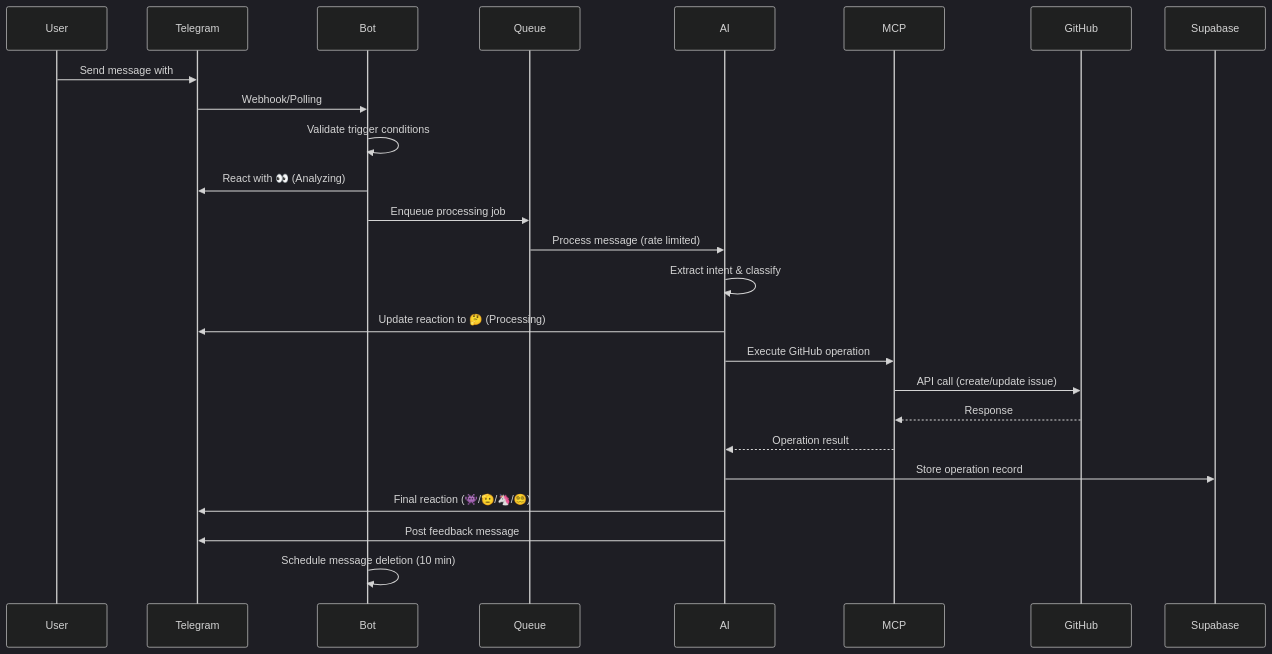
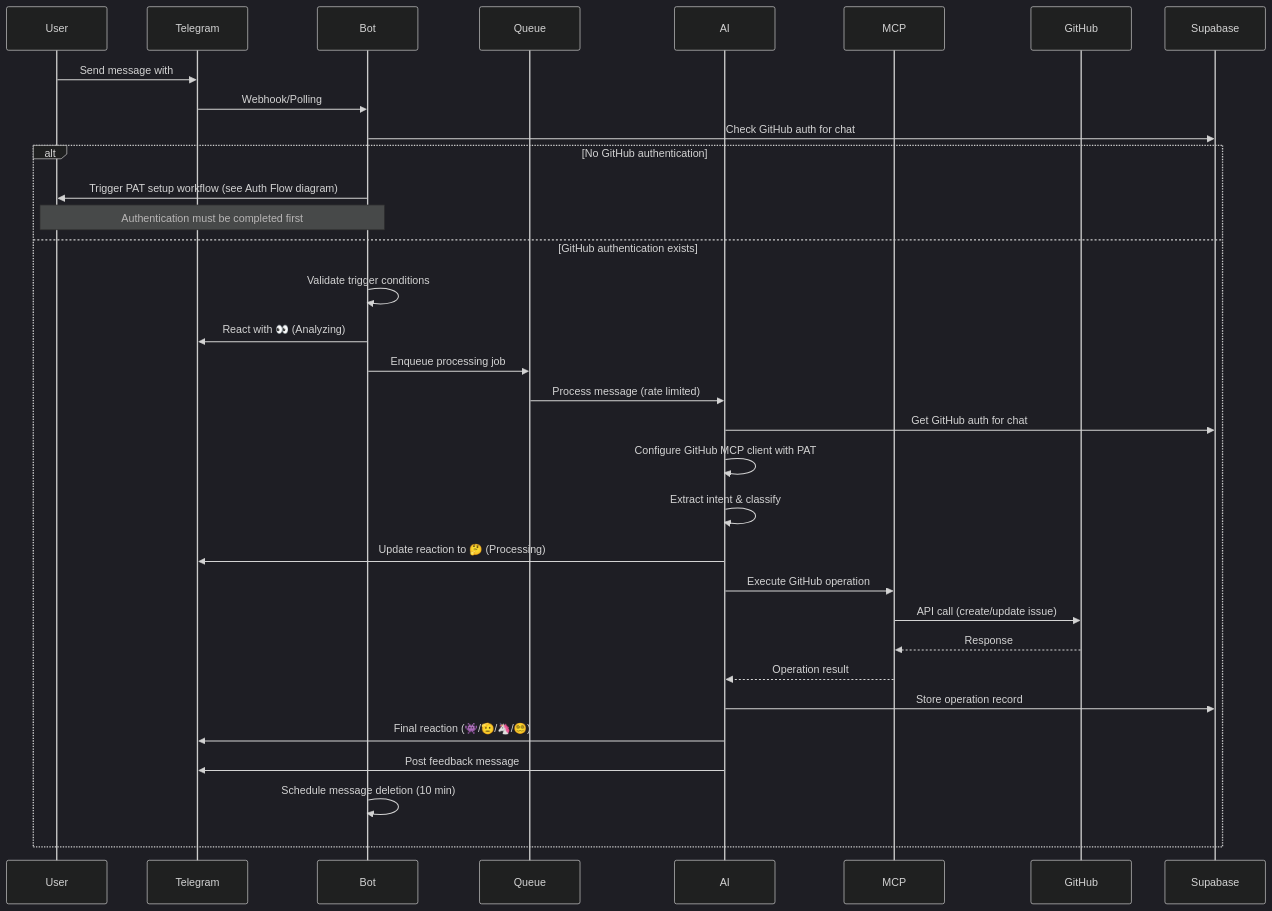
Before and after one commit to majus/telegit: the second of 11 diagrams in PRD.md, drawn with Mermaid (dark theme). The commit also changed other lines of this file, not shown here.

First line of the commit message:
Address PR review feedback

````diff
--- a/PRD.md
+++ b/PRD.md
@@ -82,28 +81,36 @@
 ```mermaid
 sequenceDiagram
     participant User
     participant Telegram
     participant Bot
     participant Queue
     participant AI
     participant MCP
     participant GitHub
     participant Supabase
     
     User->>Telegram: Send message with #tag/@mention
     Telegram->>Bot: Webhook/Polling
-    Bot->>Bot: Validate trigger conditions
-    Bot->>Telegram: React with 👀 (Analyzing)
-    Bot->>Queue: Enqueue processing job
-    Queue->>AI: Process message (rate limited)
-    AI->>AI: Extract intent & classify
-    AI->>Telegram: Update reaction to 🤔 (Processing)
-    AI->>MCP: Execute GitHub operation
-    MCP->>GitHub: API call (create/update issue)
-    GitHub-->>MCP: Response
-    MCP-->>AI: Operation result
-    AI->>Supabase: Store operation record
-    AI->>Telegram: Final reaction (👾/🫡/🦄/😵‍💫)
-    AI->>Telegram: Post feedback message
-    Bot->>Bot: Schedule message deletion (10 min)
+    Bot->>Supabase: Check GitHub auth for chat
+    alt No GitHub authentication
+        Bot->>User: Trigger PAT setup workflow (see Auth Flow diagram)
+        Note over Bot,User: Authentication must be completed first
+    else GitHub authentication exists
+        Bot->>Bot: Validate trigger conditions
+        Bot->>Telegram: React with 👀 (Analyzing)
+        Bot->>Queue: Enqueue processing job
+        Queue->>AI: Process message (rate limited)
+        AI->>Supabase: Get GitHub auth for chat
+        AI->>AI: Configure GitHub MCP client with PAT
+        AI->>AI: Extract intent & classify
+        AI->>Telegram: Update reaction to 🤔 (Processing)
+        AI->>MCP: Execute GitHub operation
+        MCP->>GitHub: API call (create/update issue)
+        GitHub-->>MCP: Response
+        MCP-->>AI: Operation result
+        AI->>Supabase: Store operation record
+        AI->>Telegram: Final reaction (👾/🫡/🦄/😵‍💫)
+        AI->>Telegram: Post feedback message
+        Bot->>Bot: Schedule message deletion (10 min)
+    end
 ```
````
